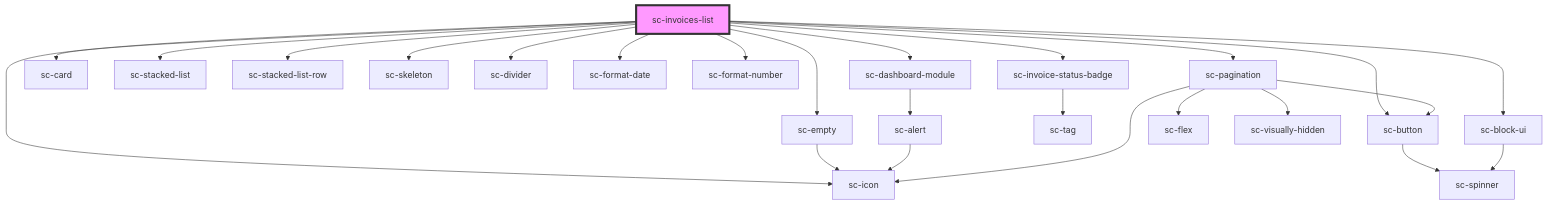
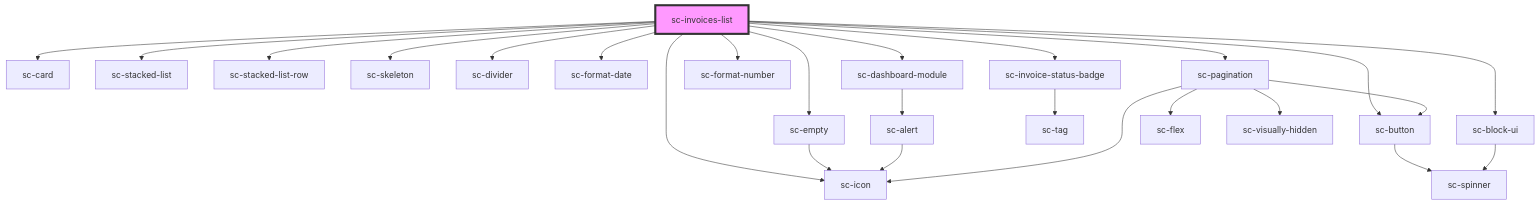
One commit to surecart/surecart-wp-plugin changed the diagram in packages/components/src/components/controllers/dashboard/invoices-list/readme.md. Above: the diagram before and after it, drawn with Mermaid. The commit also changed other lines of this file and 23 other files, not shown here.

````diff
--- a/packages/components/src/components/controllers/dashboard/invoices-list/readme.md
+++ b/packages/components/src/components/controllers/dashboard/invoices-list/readme.md
@@ -38,28 +38,28 @@
 ```mermaid
 graph TD;
-  sc-invoices-list --> sc-invoice-status-badge
   sc-invoices-list --> sc-card
   sc-invoices-list --> sc-stacked-list
   sc-invoices-list --> sc-stacked-list-row
   sc-invoices-list --> sc-skeleton
   sc-invoices-list --> sc-divider
   sc-invoices-list --> sc-empty
   sc-invoices-list --> sc-format-date
+  sc-invoices-list --> sc-invoice-status-badge
   sc-invoices-list --> sc-format-number
   sc-invoices-list --> sc-dashboard-module
   sc-invoices-list --> sc-button
   sc-invoices-list --> sc-icon
   sc-invoices-list --> sc-pagination
   sc-invoices-list --> sc-block-ui
+  sc-empty --> sc-icon
   sc-invoice-status-badge --> sc-tag
-  sc-empty --> sc-icon
   sc-dashboard-module --> sc-alert
   sc-alert --> sc-icon
   sc-button --> sc-spinner
   sc-pagination --> sc-flex
   sc-pagination --> sc-button
   sc-pagination --> sc-visually-hidden
   sc-pagination --> sc-icon
   sc-block-ui --> sc-spinner
   style sc-invoices-list fill:#f9f,stroke:#333,stroke-width:4px
 ```
````
